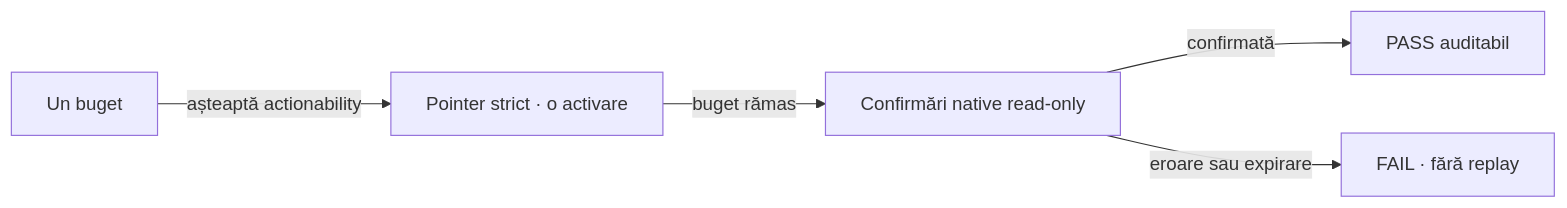
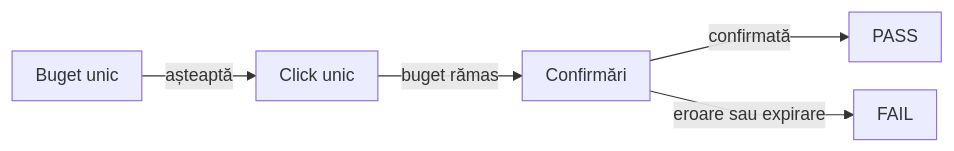
Before and after one commit to crististefanita/atf_j0: the third of 5 diagrams in atf-ui/README.md, drawn with Mermaid. The commit also changed other lines of this file and 97 other files, not shown here.

````diff
--- a/atf-ui/README.md
+++ b/atf-ui/README.md
@@ -219,7 +239,8 @@
 ```mermaid
+%%{init: {"themeVariables":{"fontSize":"15px"},"themeCSS":".nodeLabel, .nodeLabel p { font-size: 15px !important; line-height: 1.35 !important; } .edgeLabel, .edgeLabel p { font-size: 12px !important; font-weight: 400 !important; line-height: 1.2 !important; } .edgeLabel .labelBkg, .edgeLabel p { background: transparent !important; } .edgeLabel foreignObject { transform: translateY(-28px); overflow: visible; } .node rect { rx: 6px; ry: 6px; }","flowchart":{"curve":"linear","nodeSpacing":24,"rankSpacing":40,"padding":10,"diagramPadding":24}}}%%
 flowchart LR
-    Budget["Un buget"] -->|așteaptă actionability| Click["Pointer strict · o activare"]
-    Click -->|buget rămas| Observe["Confirmări native read-only"]
-    Observe -->|confirmată| Pass["PASS auditabil"]
-    Observe -->|eroare sau expirare| Fail["FAIL · fără replay"]
+    Budget["Buget unic"] -->|așteaptă| Click["Click unic"]
+    Click -->|buget rămas| Observe["Confirmări"]
+    Observe -->|confirmată| Pass["PASS"]
+    Observe -->|eroare sau expirare| Fail["FAIL"]
 ```
````
